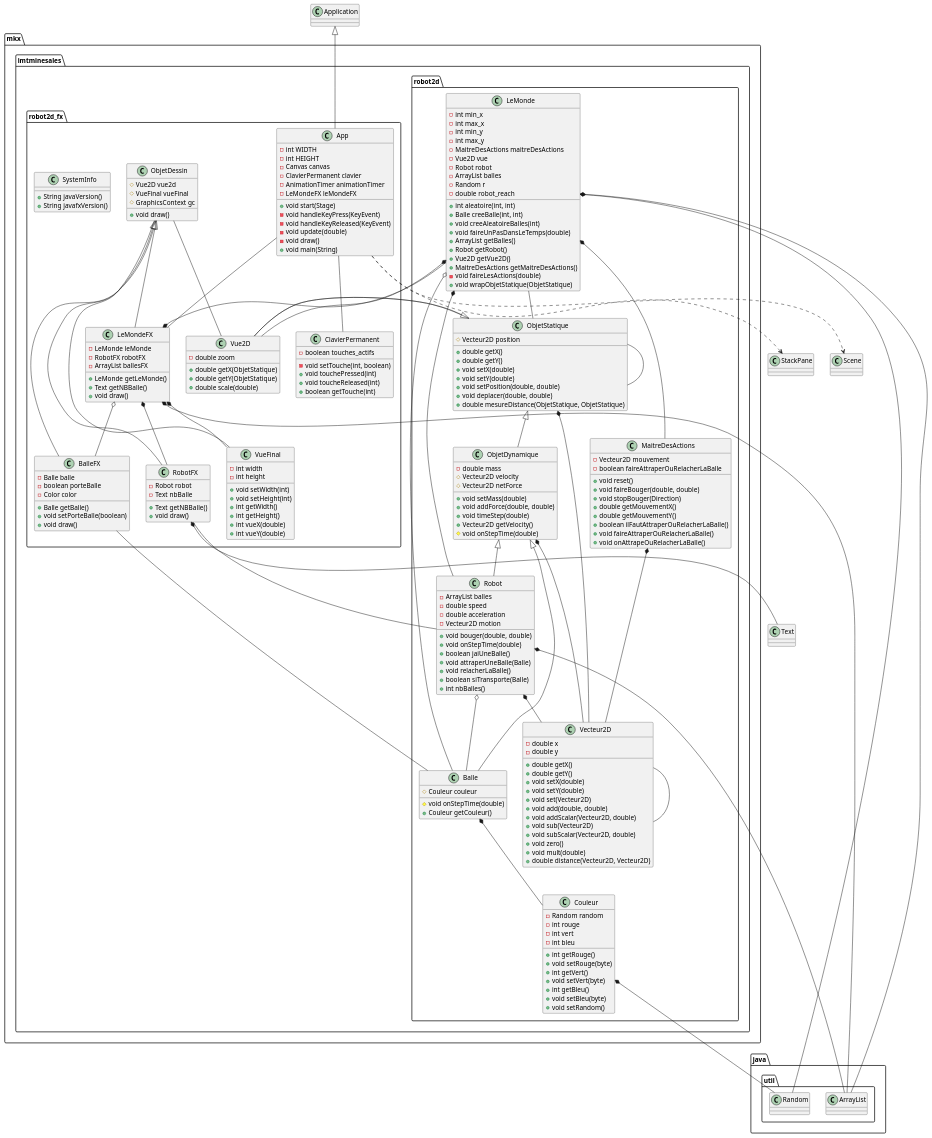
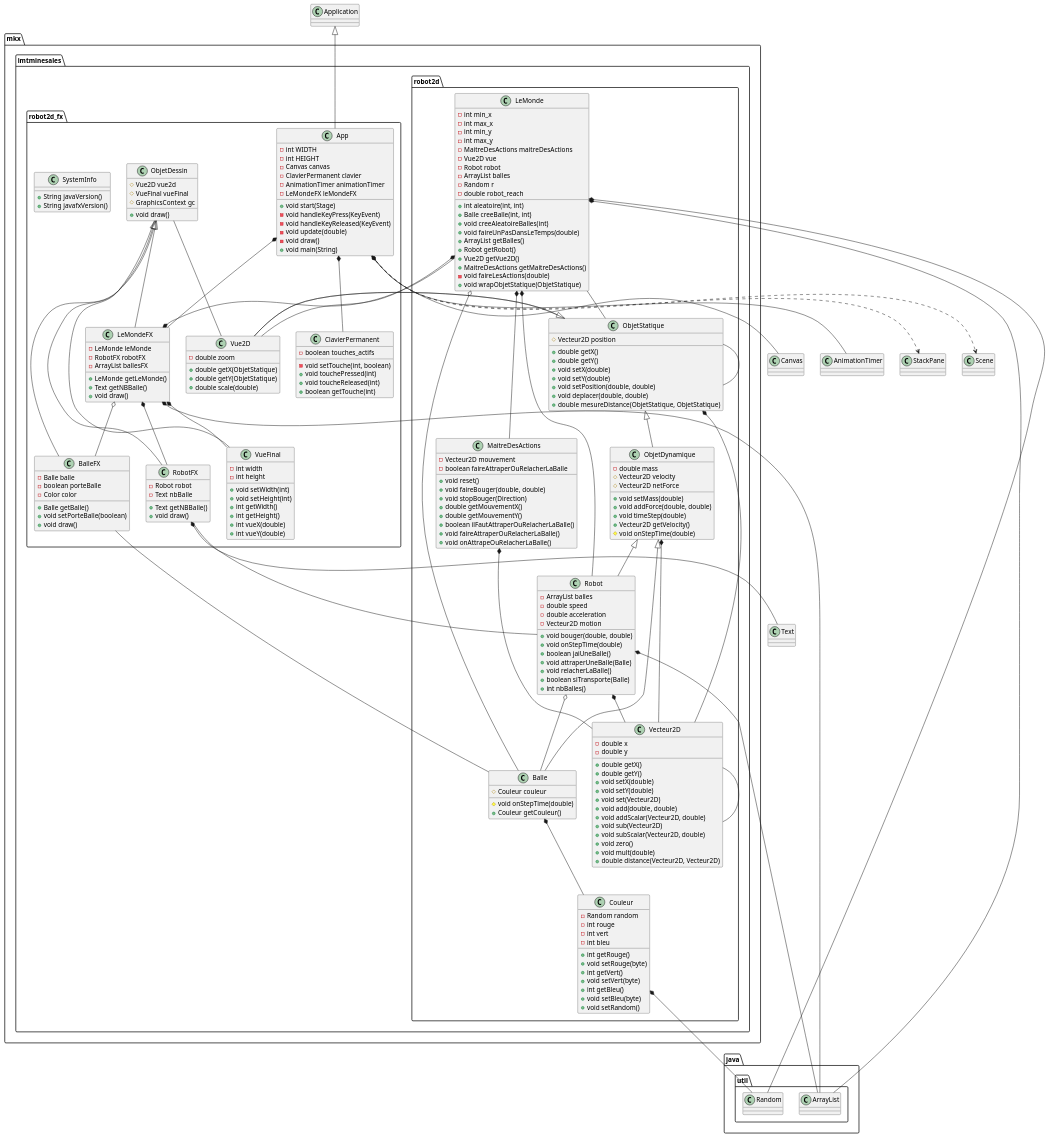
One commit to Numero7-Mojeangering/JavaUMLAnalyser changed the diagram in project_diagram.puml. Above: the diagram before and after it, drawn with PlantUML. The commit also changed 2 other files, not shown here.

```diff
--- a/project_diagram.puml
+++ b/project_diagram.puml
@@ -204,8 +204,10 @@
 Application <|-- App
 App ..> StackPane
 App ..> Scene
-App -- LeMondeFX
-App -- ClavierPermanent
+App *-- Canvas
+App *-- ClavierPermanent
+App *-- LeMondeFX
+App *-- AnimationTimer
 ObjetDessin <|-- BalleFX
 BalleFX -- Balle
 ObjetDessin <|-- LeMondeFX
```
